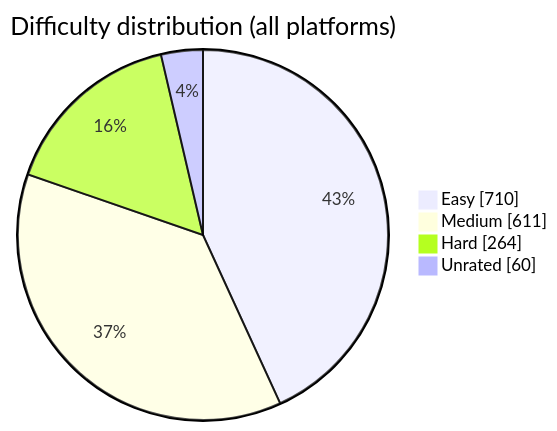
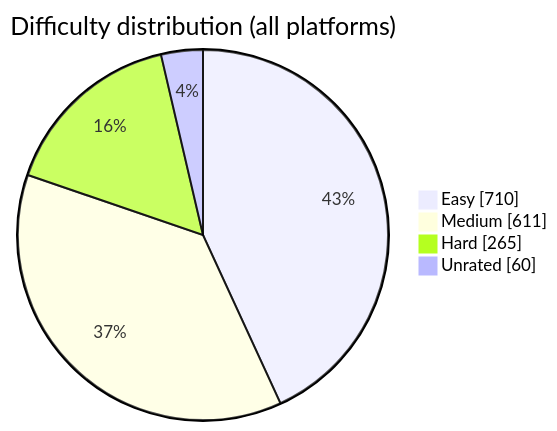
One commit to BuildbyArindam/Daily-Coding-Log changed the diagram in README.md. Above: the diagram before and after it, drawn with Mermaid. The commit also changed other lines of this file, not shown here.

````diff
--- a/README.md
+++ b/README.md
@@ -93,7 +93,7 @@
 ```mermaid
 pie showData title Difficulty distribution (all platforms)
     "Easy" : 710
     "Medium" : 611
-    "Hard" : 264
+    "Hard" : 265
     "Unrated" : 60
 ```
````
